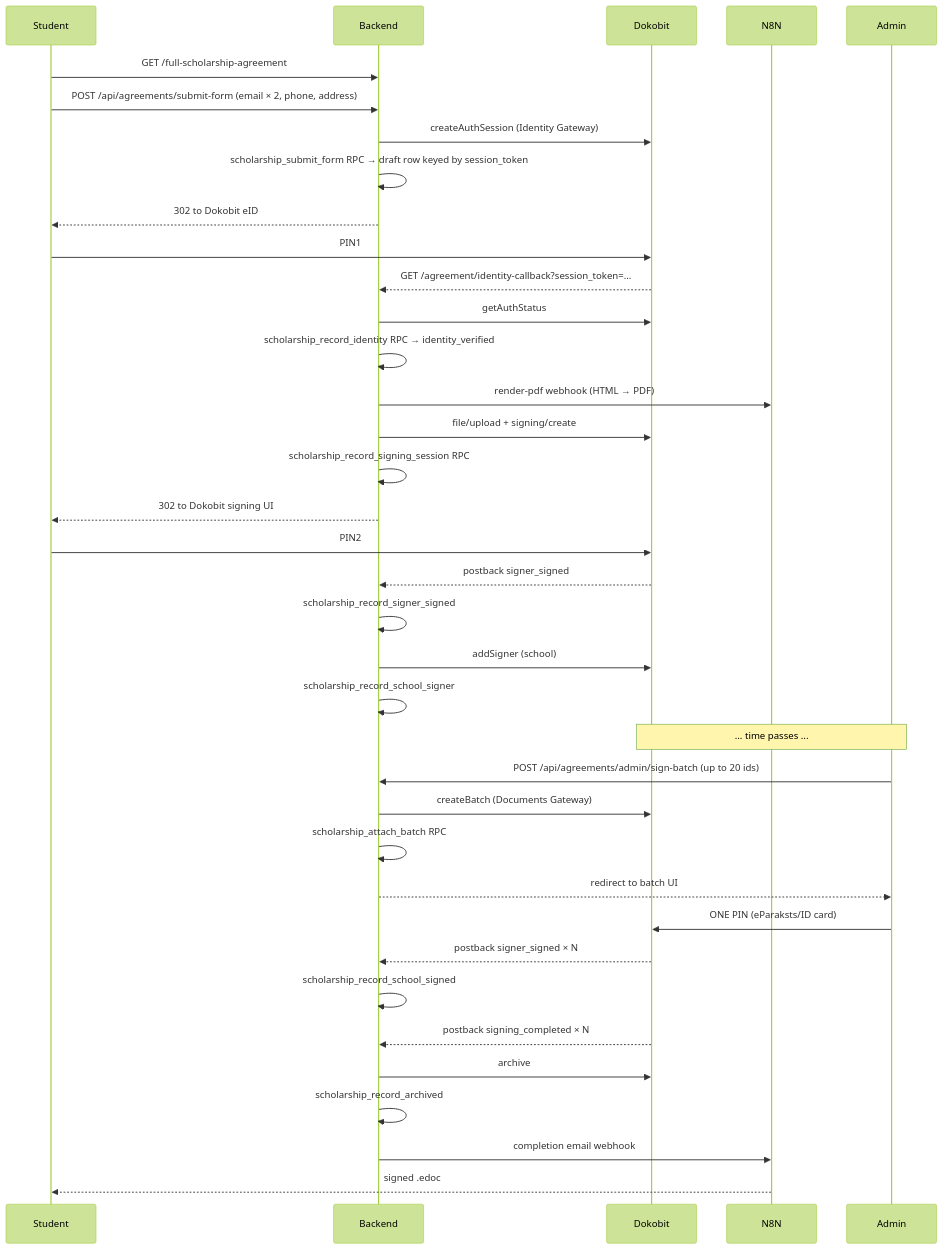
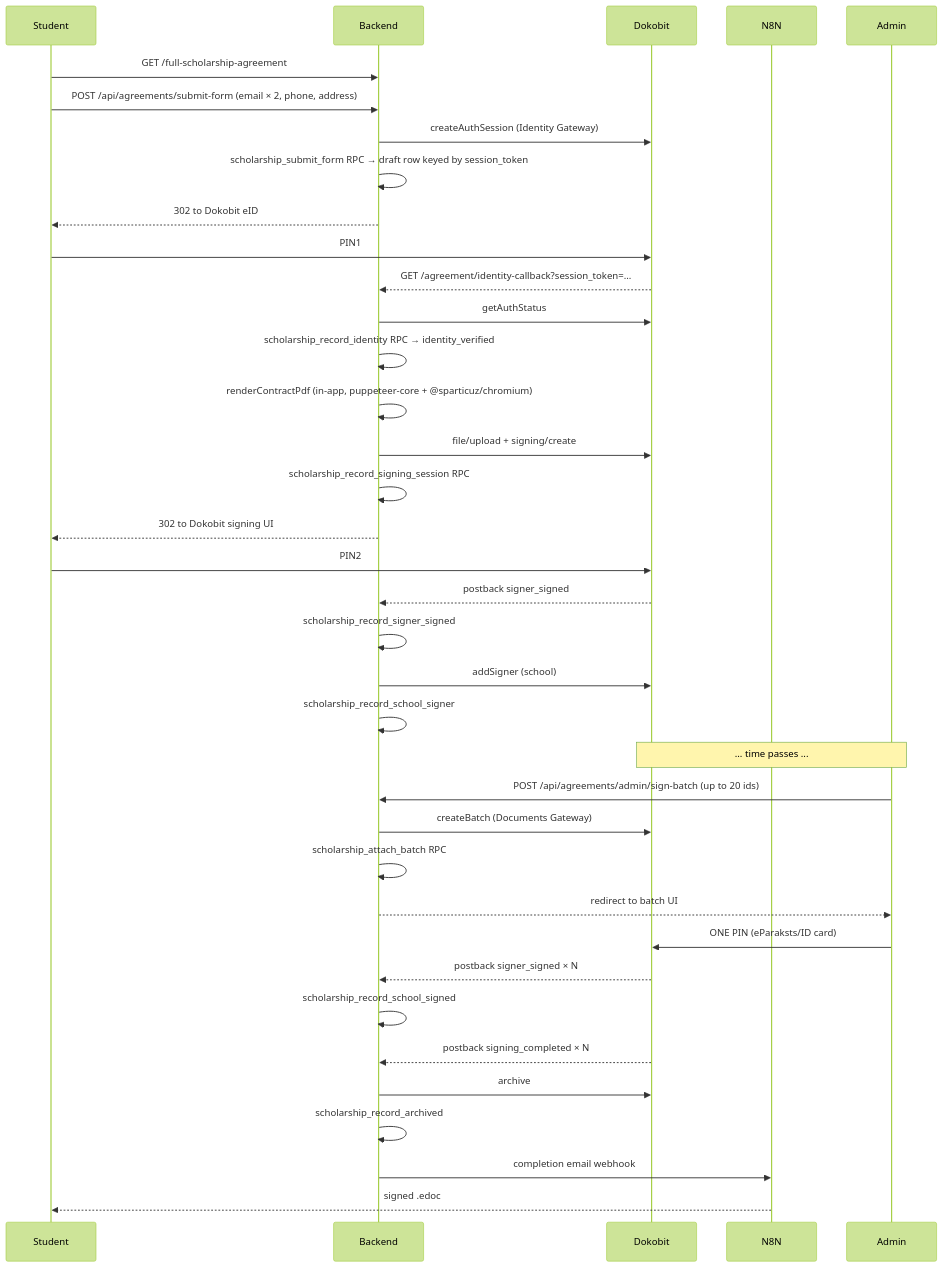
One commit to StartSchoolHQ/startup-platform changed the first of 2 diagrams in docs/documentation/scholarship-agreements.md. Above: the diagram before and after it, drawn with Mermaid (forest theme). The commit also changed other lines of this file and 115 other files, not shown here.

````diff
--- a/docs/documentation/scholarship-agreements.md
+++ b/docs/documentation/scholarship-agreements.md
@@ -17,40 +17,40 @@
 ```mermaid
 sequenceDiagram
     participant Student
     participant Backend
     participant Dokobit
     participant N8N
     participant Admin
 
     Student->>Backend: GET /full-scholarship-agreement
     Student->>Backend: POST /api/agreements/submit-form (email × 2, phone, address)
     Backend->>Dokobit: createAuthSession (Identity Gateway)
     Backend->>Backend: scholarship_submit_form RPC → draft row keyed by session_token
     Backend-->>Student: 302 to Dokobit eID
     Student->>Dokobit: PIN1
     Dokobit-->>Backend: GET /agreement/identity-callback?session_token=...
     Backend->>Dokobit: getAuthStatus
     Backend->>Backend: scholarship_record_identity RPC → identity_verified
-    Backend->>N8N: render-pdf webhook (HTML → PDF)
+    Backend->>Backend: renderContractPdf (in-app, puppeteer-core + @sparticuz/chromium)
     Backend->>Dokobit: file/upload + signing/create
     Backend->>Backend: scholarship_record_signing_session RPC
     Backend-->>Student: 302 to Dokobit signing UI
     Student->>Dokobit: PIN2
     Dokobit-->>Backend: postback signer_signed
     Backend->>Backend: scholarship_record_signer_signed
     Backend->>Dokobit: addSigner (school)
     Backend->>Backend: scholarship_record_school_signer
     Note over Admin,Dokobit: ... time passes ...
     Admin->>Backend: POST /api/agreements/admin/sign-batch (up to 20 ids)
     Backend->>Dokobit: createBatch (Documents Gateway)
     Backend->>Backend: scholarship_attach_batch RPC
     Backend-->>Admin: redirect to batch UI
     Admin->>Dokobit: ONE PIN (eParaksts/ID card)
     Dokobit-->>Backend: postback signer_signed × N
     Backend->>Backend: scholarship_record_school_signed
     Dokobit-->>Backend: postback signing_completed × N
     Backend->>Dokobit: archive
     Backend->>Backend: scholarship_record_archived
     Backend->>N8N: completion email webhook
     N8N-->>Student: signed .edoc
 ```
````
